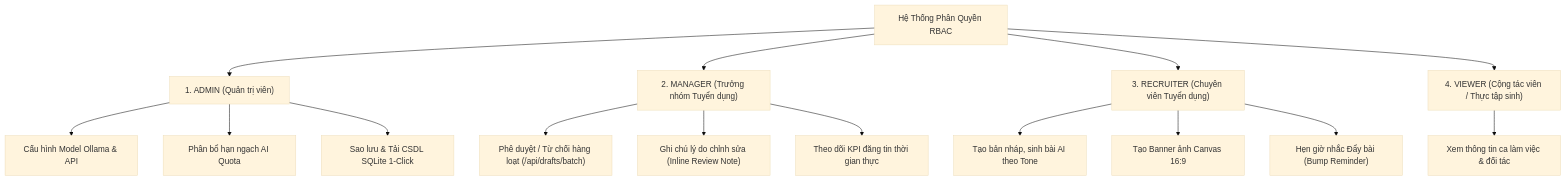
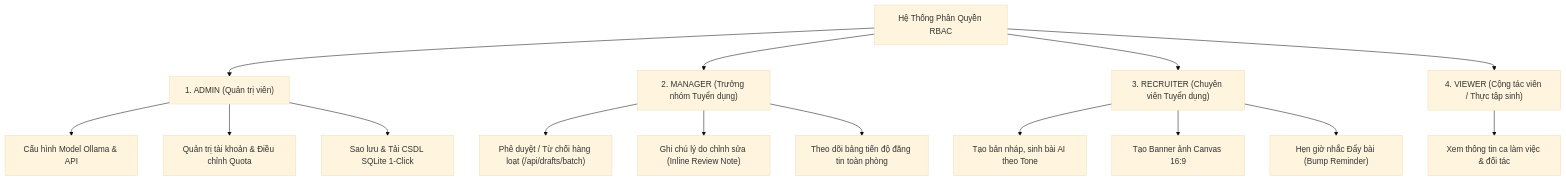
One commit to thanh063456/luaga changed the fourth of 9 diagrams in docs/Báo cáo tiến độ thực tập lần 2 - Ngô Công Thành.md. Above: the diagram before and after it, drawn with Mermaid (base theme). The commit also changed other lines of this file and 1 other file, not shown here.

````diff
--- a/docs/Báo cáo tiến độ thực tập lần 2 - Ngô Công Thành.md
+++ b/docs/Báo cáo tiến độ thực tập lần 2 - Ngô Công Thành.md
@@ -167,21 +170,21 @@
 ```mermaid
 graph TD
     U["Hệ Thống Phân Quyền RBAC"] --> A["1. ADMIN (Quản trị viên)"]
     U --> M["2. MANAGER (Trưởng nhóm Tuyển dụng)"]
     U --> R["3. RECRUITER (Chuyên viên Tuyển dụng)"]
     U --> V["4. VIEWER (Cộng tác viên / Thực tập sinh)"]
 
     A --> A1["Cấu hình Model Ollama & API"]
-    A --> A2["Phân bổ hạn ngạch AI Quota"]
+    A --> A2["Quản trị tài khoản & Điều chỉnh Quota"]
     A --> A3["Sao lưu & Tải CSDL SQLite 1-Click"]
 
     M --> M1["Phê duyệt / Từ chối hàng loạt (/api/drafts/batch)"]
     M --> M2["Ghi chú lý do chỉnh sửa (Inline Review Note)"]
-    M --> M3["Theo dõi KPI đăng tin thời gian thực"]
+    M --> M3["Theo dõi bảng tiến độ đăng tin toàn phòng"]
 
     R --> R1["Tạo bản nháp, sinh bài AI theo Tone"]
     R --> R2["Tạo Banner ảnh Canvas 16:9"]
     R --> R3["Hẹn giờ nhắc Đẩy bài (Bump Reminder)"]
 
     V --> V1["Xem thông tin ca làm việc & đối tác"]
 ```
````
